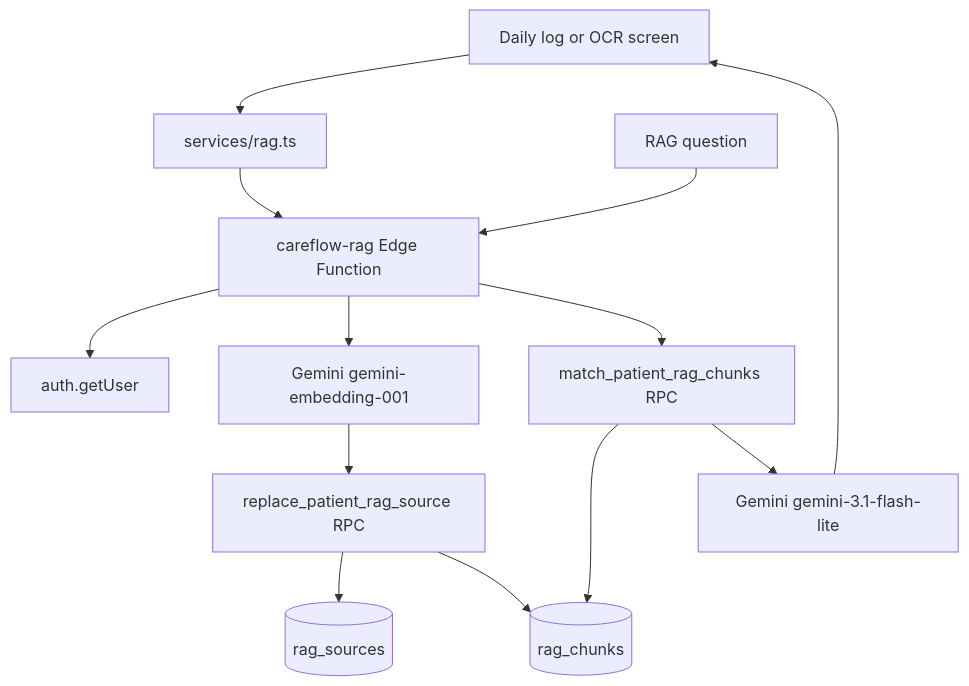
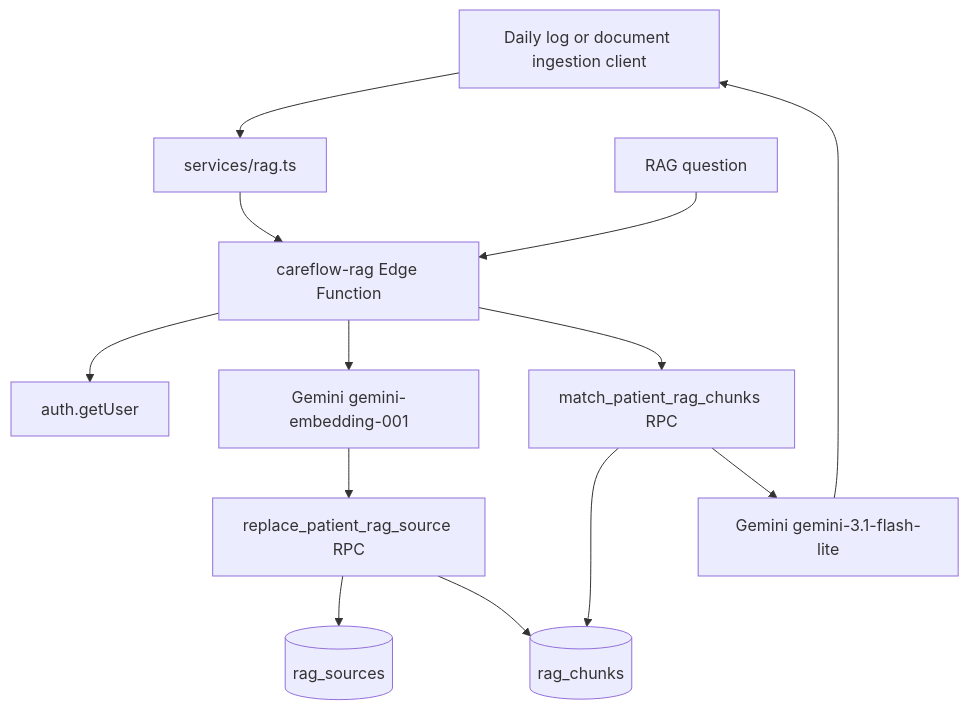
Before and after one commit to NobleWeave/native-health: the diagram in docs/ai/rag-system.md, drawn with Mermaid. The commit also changed other lines of this file and 13 other files, not shown here.

````diff
--- a/docs/ai/rag-system.md
+++ b/docs/ai/rag-system.md
@@ -9,15 +11,15 @@
 ```mermaid
 flowchart TD
-    screen[Daily log or OCR screen] --> client[services/rag.ts]
+    screen[Daily log or document ingestion client] --> client[services/rag.ts]
     client --> edge[careflow-rag Edge Function]
     edge --> auth[auth.getUser]
     edge --> embed[Gemini gemini-embedding-001]
     embed --> replace[replace_patient_rag_source RPC]
     replace --> source[(rag_sources)]
     replace --> chunks[(rag_chunks)]
     question[RAG question] --> edge
     edge --> match[match_patient_rag_chunks RPC]
     match --> chunks
     match --> answer[Gemini gemini-3.1-flash-lite]
     answer --> screen
 ```
````
